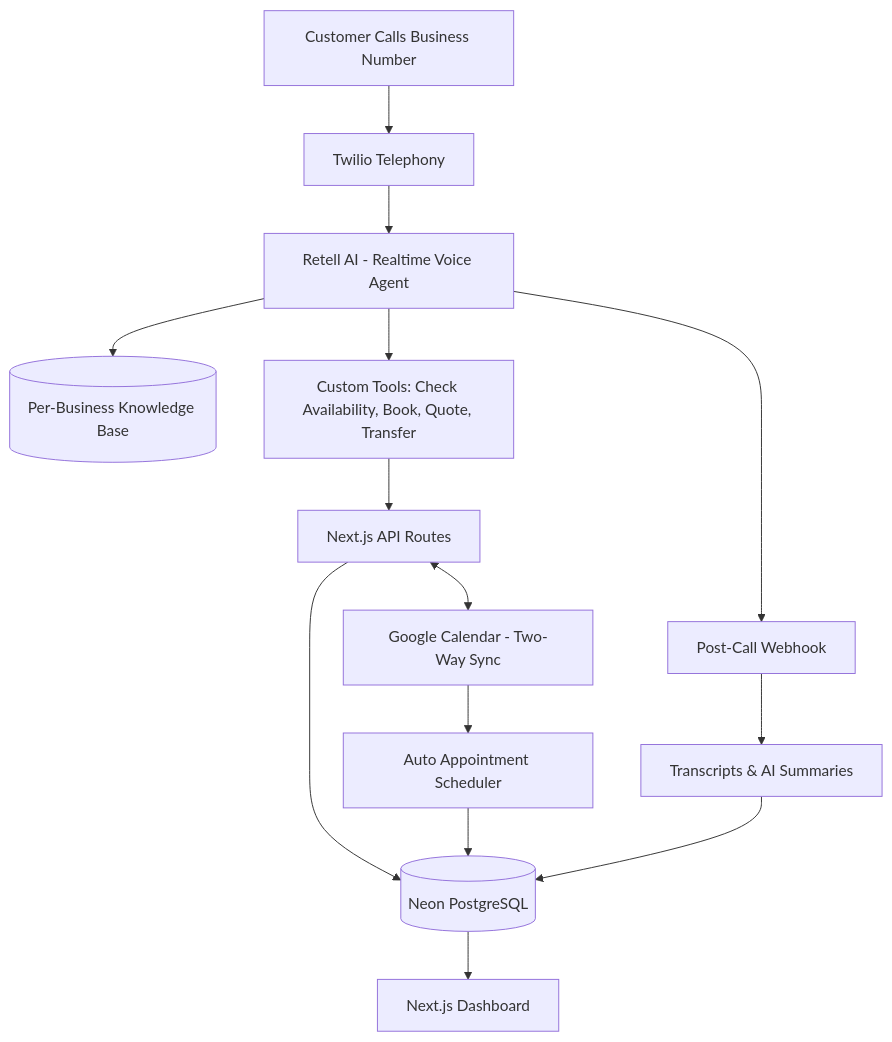
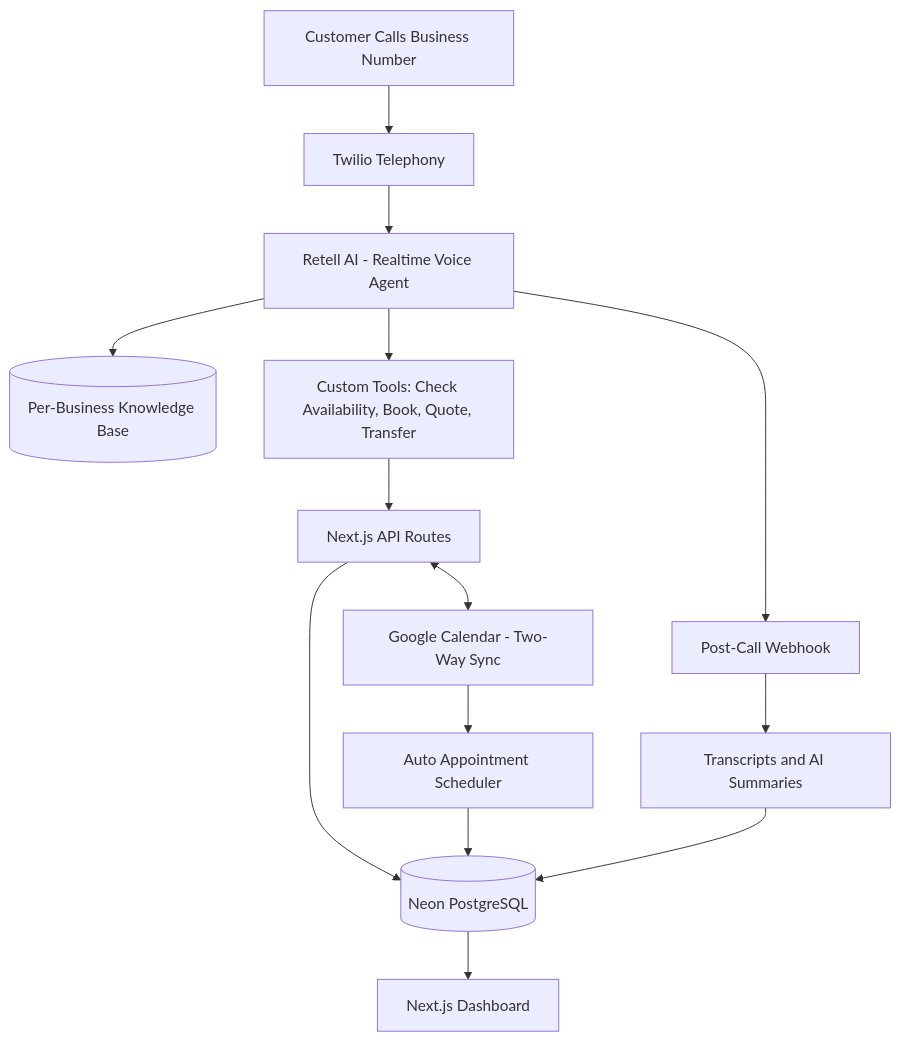
Before and after one commit to merickarpat/merickarpat: the first of 2 diagrams in README.md, drawn with Mermaid. The commit also changed other lines of this file, not shown here.

First line of the commit message:
Render architecture diagrams as images for mobile compatibility

````diff
--- a/README.md
+++ b/README.md
@@ -55,21 +62,16 @@
 ```mermaid
 flowchart TB
   caller[Customer Calls Business Number] --> twilio[Twilio Telephony]
   twilio --> retell[Retell AI - Realtime Voice Agent]
-
   retell --> kb[(Per-Business Knowledge Base)]
   retell --> tools[Custom Tools: Check Availability, Book, Quote, Transfer]
-
   tools --> api[Next.js API Routes]
   api --> db[(Neon PostgreSQL)]
-
   api <--> gcal[Google Calendar - Two-Way Sync]
   gcal --> scheduler[Auto Appointment Scheduler]
   scheduler --> db
-
   retell --> webhook[Post-Call Webhook]
-  webhook --> transcripts[Transcripts & AI Summaries]
+  webhook --> transcripts[Transcripts and AI Summaries]
   transcripts --> db
-
   db --> dashboard[Next.js Dashboard]
 ```
````
